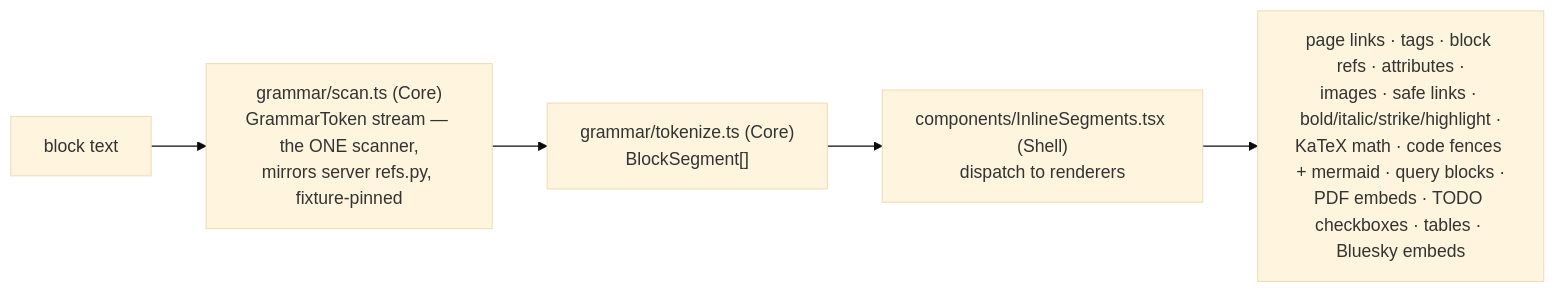
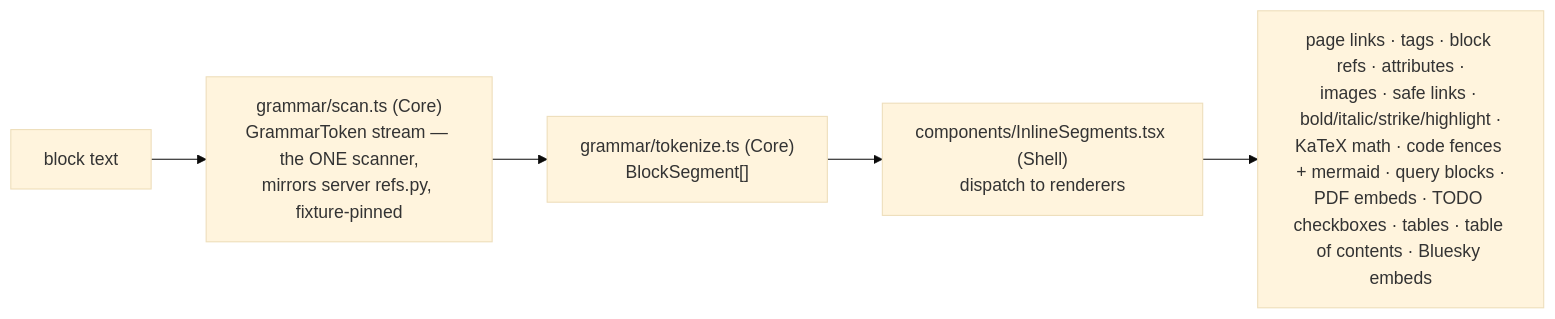
Before and after one commit to ArthurClune/pkm-system: the second of 2 diagrams in docs/architecture/frontend.md, drawn with Mermaid (base theme). The commit also changed other lines of this file and 1 other file, not shown here.

````diff
--- a/docs/architecture/frontend.md
+++ b/docs/architecture/frontend.md
@@ -702,7 +711,7 @@
 ```mermaid
 flowchart LR
     T["block text"] --> SC["grammar/scan.ts (Core)<br/>GrammarToken stream — the ONE scanner,<br/>mirrors server refs.py, fixture-pinned"]
     SC --> TK["grammar/tokenize.ts (Core)<br/>BlockSegment[]"]
     TK --> IS["components/InlineSegments.tsx (Shell)<br/>dispatch to renderers"]
-    IS --> R["page links · tags · block refs · attributes ·<br/>images · safe links · bold/italic/strike/highlight ·<br/>KaTeX math · code fences + mermaid · query blocks ·<br/>PDF embeds · TODO checkboxes · tables · Bluesky embeds"]
+    IS --> R["page links · tags · block refs · attributes ·<br/>images · safe links · bold/italic/strike/highlight ·<br/>KaTeX math · code fences + mermaid · query blocks ·<br/>PDF embeds · TODO checkboxes · tables · table of contents · Bluesky embeds"]
 ```
````
